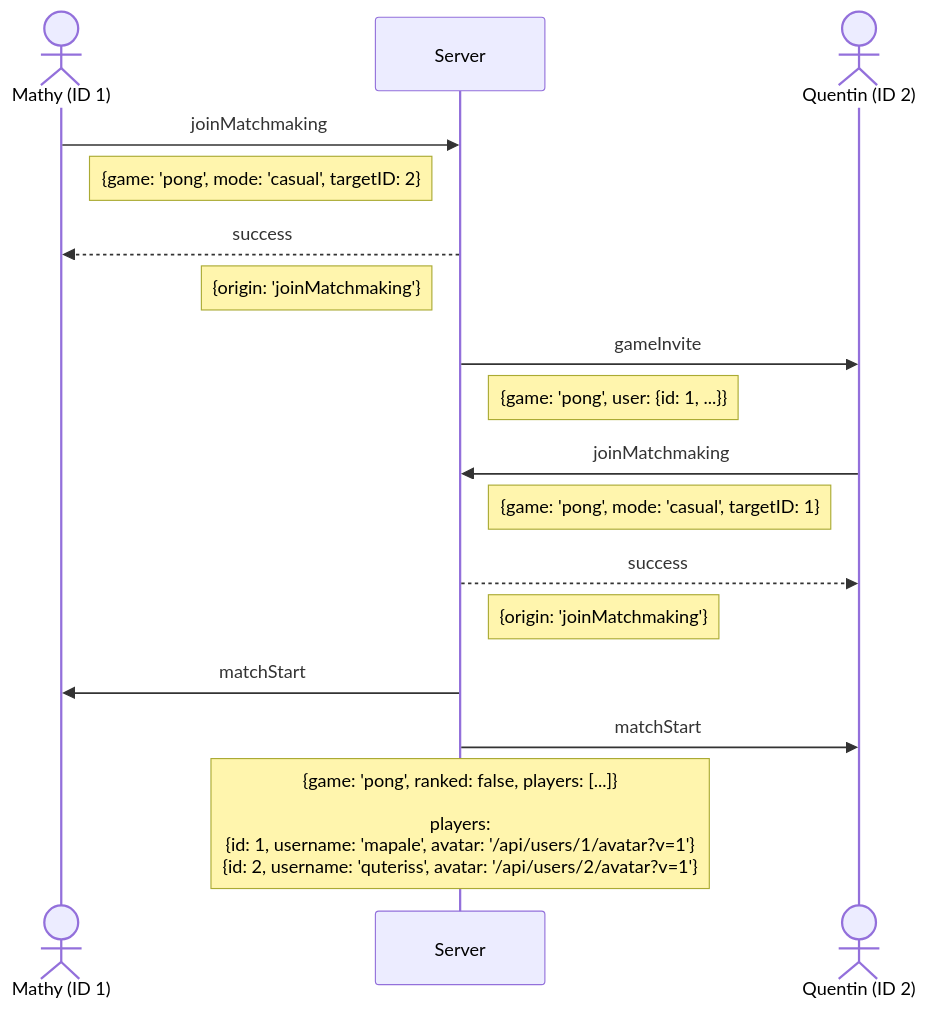
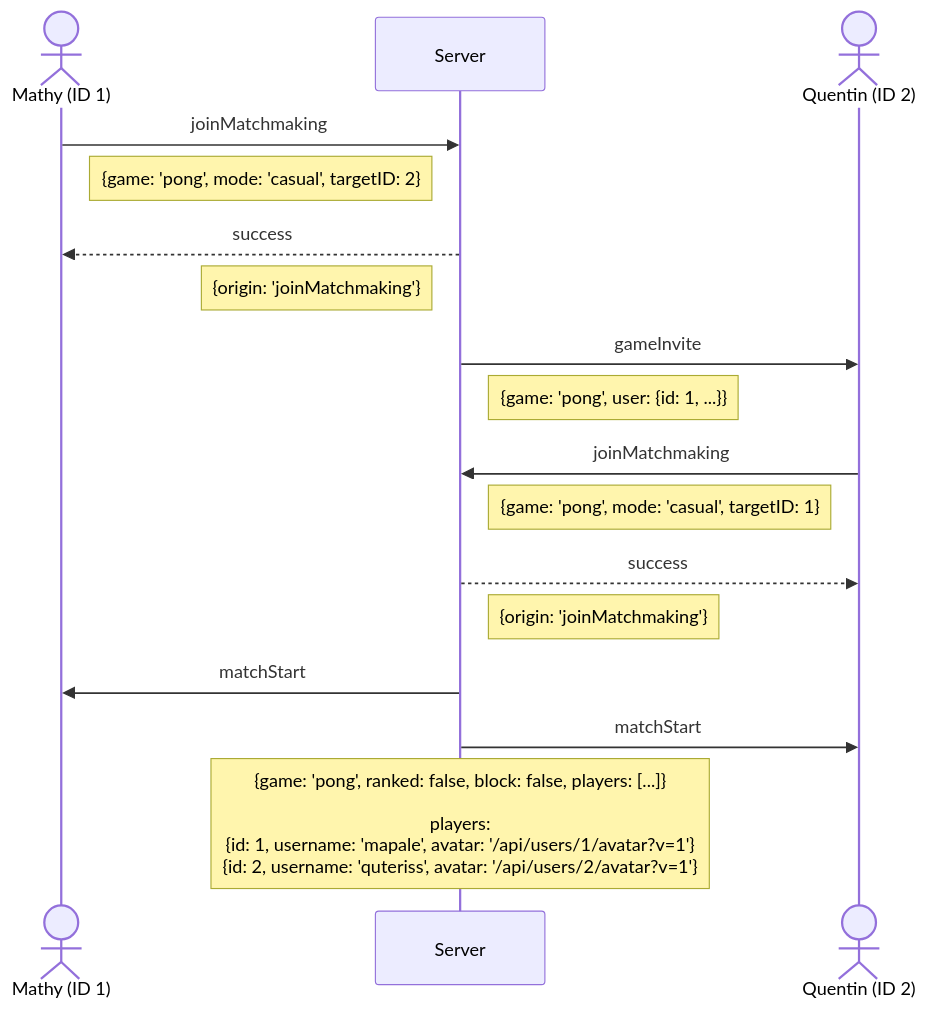
Before and after one commit to deydoux/42cursus-ft_transcendence: the diagram in docs/WebSocket/gameInvite.md, drawn with Mermaid. The commit also changed 6 other files, not shown here.

Commit message:
feat: add block property to match and player structures in WebSocket API

````diff
--- a/docs/WebSocket/gameInvite.md
+++ b/docs/WebSocket/gameInvite.md
@@ -3,22 +3,22 @@
 ```mermaid
 sequenceDiagram
   actor m as Mathy (ID 1)
   participant s as Server
   actor q as Quentin (ID 2)
 
   m ->> s: joinMatchmaking
   Note right of m: {game: 'pong', mode: 'casual', targetID: 2}
   s -->> m: success
   Note left of s: {origin: 'joinMatchmaking'}
   s ->> q: gameInvite
   Note right of s: {game: 'pong', user: {id: 1, ...}}
 
   q ->> s: joinMatchmaking
   Note left of q: {game: 'pong', mode: 'casual', targetID: 1}
   s -->> q: success
   Note right of s: {origin: 'joinMatchmaking'}
 
   s ->> m: matchStart
   s ->> q: matchStart
-  Note over s: {game: 'pong', ranked: false, players: [...]}<br><br> players:<br>{id: 1, username: 'mapale', avatar: '/api/users/1/avatar?v=1'}<br>{id: 2, username: 'quteriss', avatar: '/api/users/2/avatar?v=1'}
+  Note over s: {game: 'pong', ranked: false, block: false, players: [...]}<br><br> players:<br>{id: 1, username: 'mapale', avatar: '/api/users/1/avatar?v=1'}<br>{id: 2, username: 'quteriss', avatar: '/api/users/2/avatar?v=1'}
 ```
````
